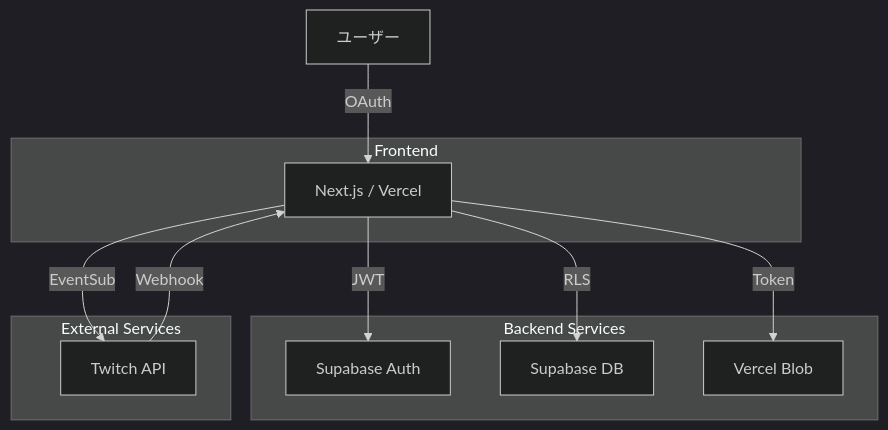
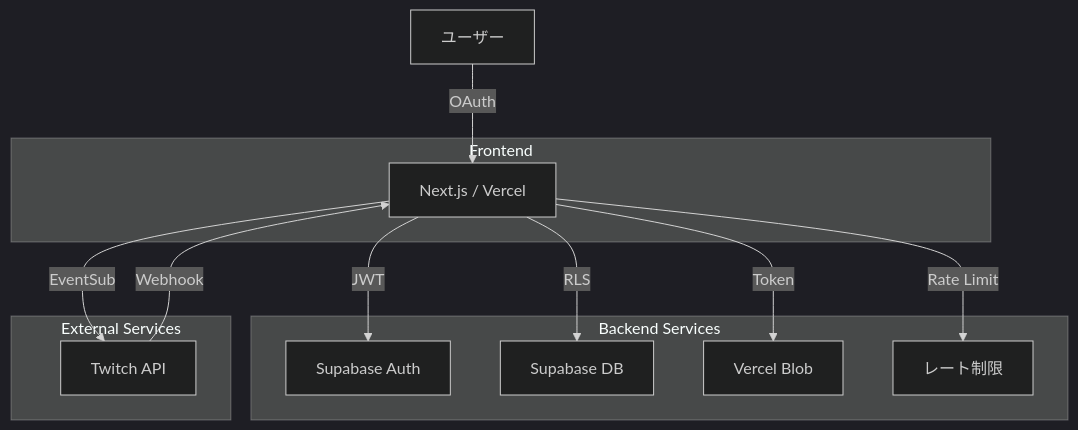
The diagram in docs/ARCHITECTURE.md (azumag/twica), drawn with Mermaid (dark theme) before and after one commit. The commit also changed other lines of this file and 57 other files, not shown here.

````diff
--- a/docs/ARCHITECTURE.md
+++ b/docs/ARCHITECTURE.md
@@ -132,23 +133,25 @@
 ```mermaid
 graph TD
     User[ユーザー] -->|OAuth| NextJS[Next.js / Vercel]
     NextJS -->|JWT| SupabaseAuth[Supabase Auth]
     NextJS -->|RLS| SupabaseDB[Supabase DB]
     NextJS -->|Token| VercelBlob[Vercel Blob]
     NextJS -->|EventSub| Twitch[Twitch API]
     Twitch -->|Webhook| NextJS
+    NextJS -->|Rate Limit| RateLimiter[レート制限]
     
     subgraph "Frontend"
         NextJS
     end
     
     subgraph "Backend Services"
         SupabaseAuth
         SupabaseDB
         VercelBlob
+        RateLimiter
     end
     
     subgraph "External Services"
         Twitch
     end
 ```
````
